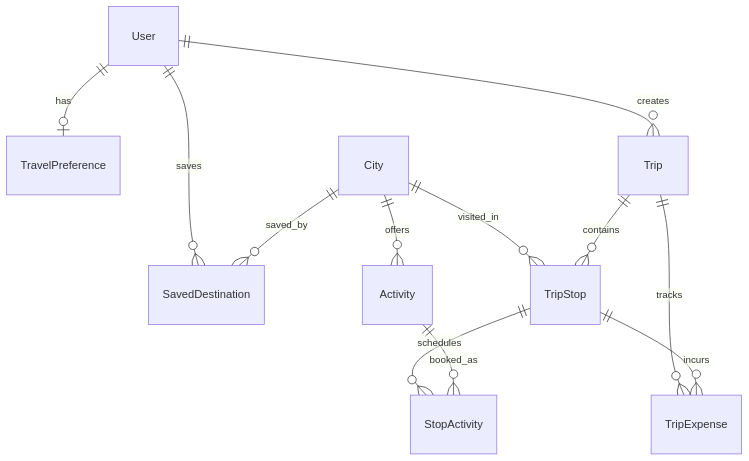
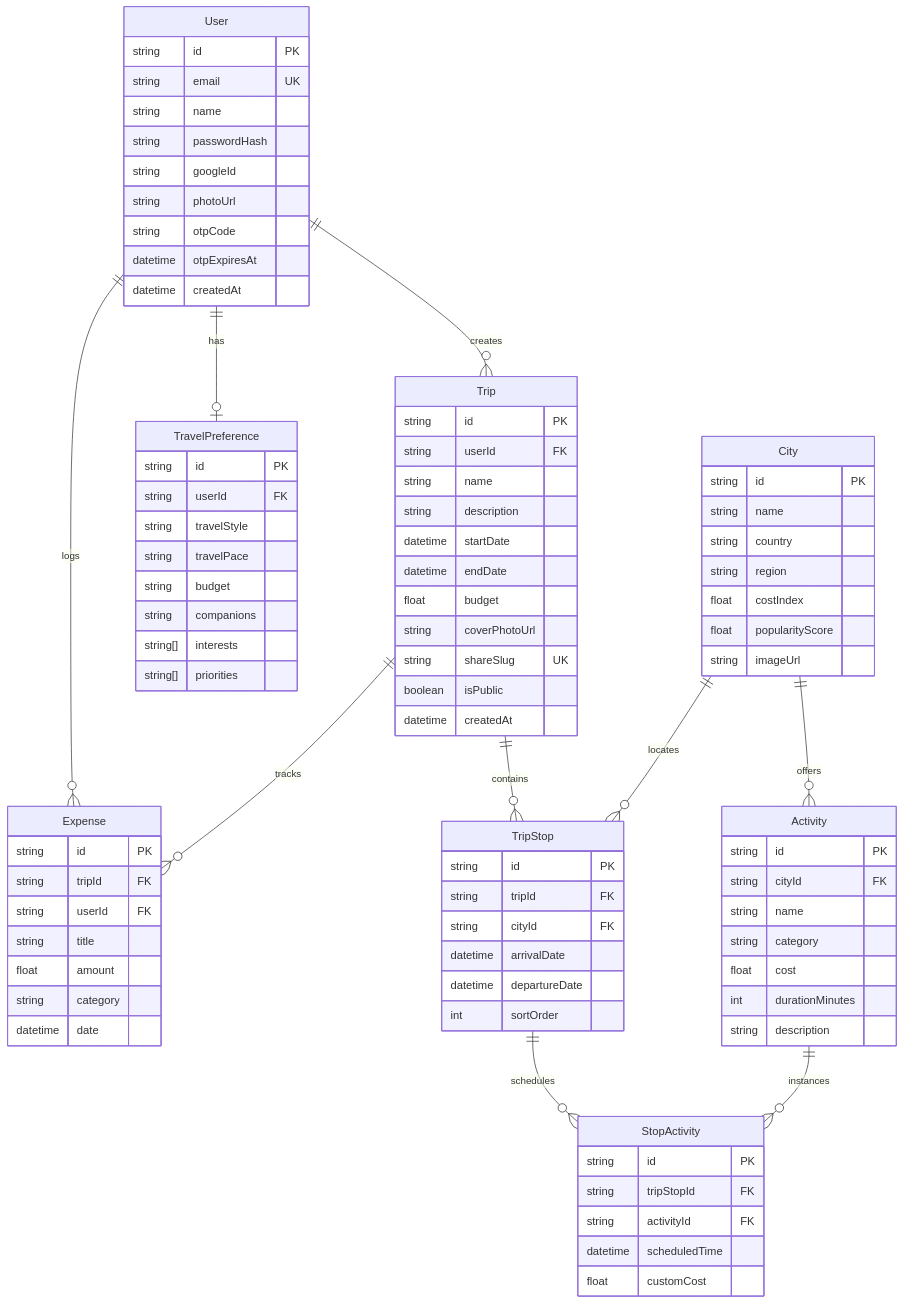
The fifth of 5 diagrams in README.md (yugdave2005/GlobeTrotter-YUG-SAMARTH), drawn with Mermaid before and after one commit. The commit also changed other lines of this file and 83 other files, not shown here.

Commit message:
docs: enrich READMEs with comprehensive screenshot galleries, system architecture diagrams, user journey flowcharts, database ER diagrams, and real-time WebSocket sync sequence diagrams

````diff
--- a/README.md
+++ b/README.md
@@ -231,14 +309,96 @@
 ```mermaid
 erDiagram
+    User ||--o{ Trip : creates
     User ||--o| TravelPreference : has
-    User ||--o{ Trip : creates
-    User ||--o{ SavedDestination : saves
+    User ||--o{ Expense : logs
+    Trip ||--o{ TripStop : contains
+    Trip ||--o{ Expense : tracks
+    City ||--o{ TripStop : locates
     City ||--o{ Activity : offers
-    City ||--o{ TripStop : visited_in
-    City ||--o{ SavedDestination : saved_by
-    Trip ||--o{ TripStop : contains
-    Trip ||--o{ TripExpense : tracks
     TripStop ||--o{ StopActivity : schedules
-    TripStop ||--o{ TripExpense : incurs
-    Activity ||--o{ StopActivity : booked_as
+    Activity ||--o{ StopActivity : instances
+
+    User {
+        string id PK
+        string email UK
+        string name
+        string passwordHash
+        string googleId
+        string photoUrl
+        string otpCode
+        datetime otpExpiresAt
+        datetime createdAt
+    }
+
+    TravelPreference {
+        string id PK
+        string userId FK
+        string travelStyle
+        string travelPace
+        string budget
+        string companions
+        string[] interests
+        string[] priorities
+    }
+
+    Trip {
+        string id PK
+        string userId FK
+        string name
+        string description
+        datetime startDate
+        datetime endDate
+        float budget
+        string coverPhotoUrl
+        string shareSlug UK
+        boolean isPublic
+        datetime createdAt
+    }
+
+    TripStop {
+        string id PK
+        string tripId FK
+        string cityId FK
+        datetime arrivalDate
+        datetime departureDate
+        int sortOrder
+    }
+
+    City {
+        string id PK
+        string name
+        string country
+        string region
+        float costIndex
+        float popularityScore
+        string imageUrl
+    }
+
+    Activity {
+        string id PK
+        string cityId FK
+        string name
+        string category
+        float cost
+        int durationMinutes
+        string description
+    }
+
+    StopActivity {
+        string id PK
+        string tripStopId FK
+        string activityId FK
+        datetime scheduledTime
+        float customCost
+    }
+
+    Expense {
+        string id PK
+        string tripId FK
+        string userId FK
+        string title
+        float amount
+        string category
+        datetime date
+    }
 ```
````
